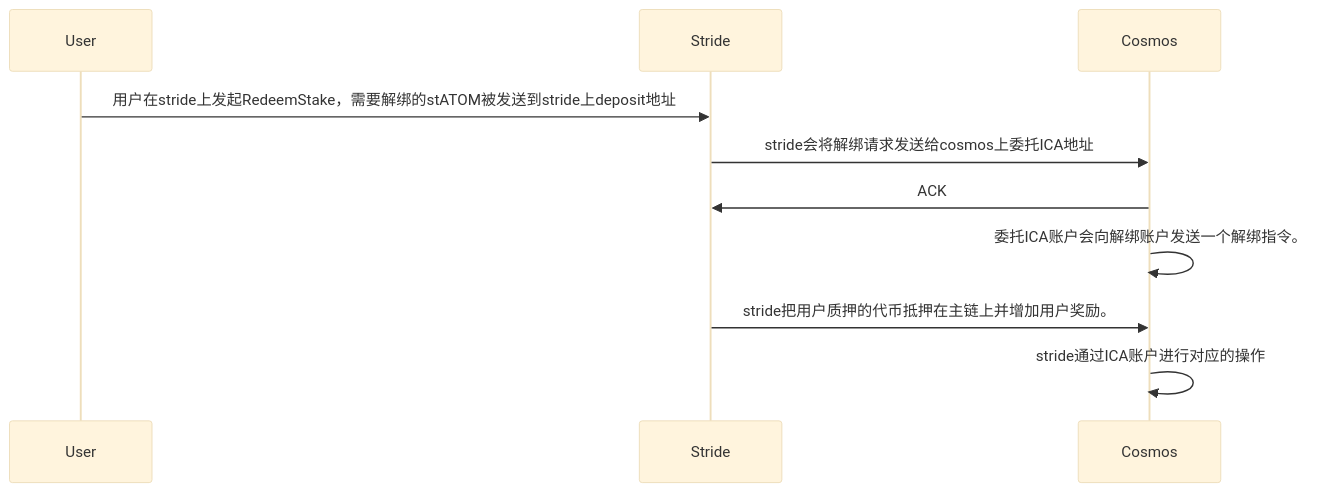
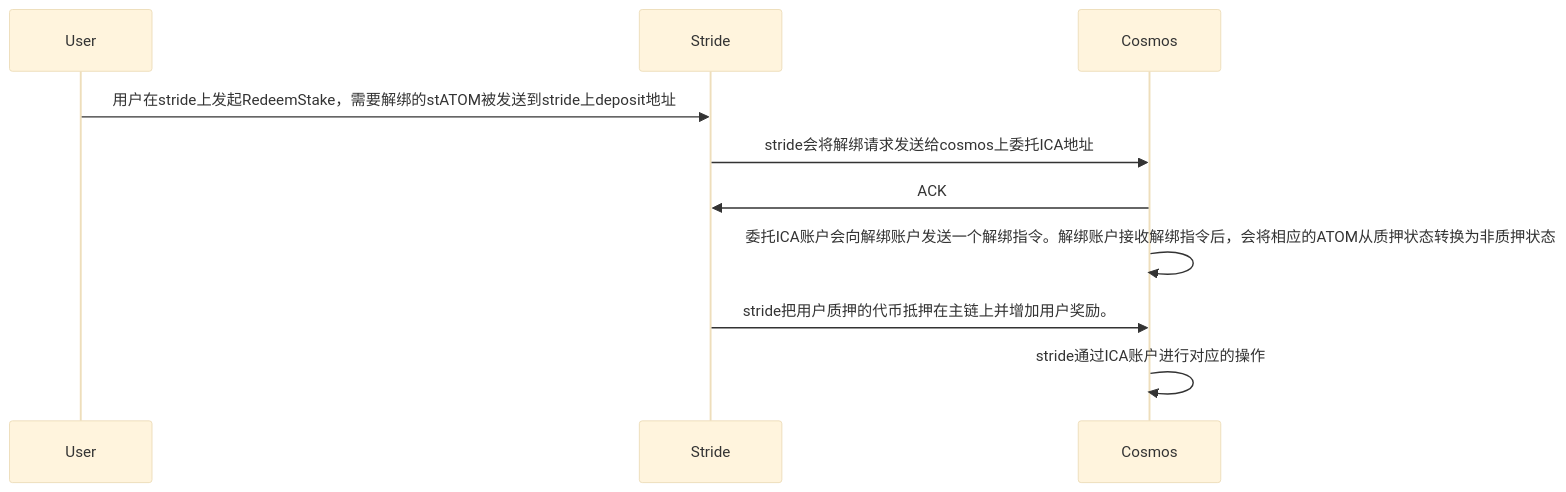
Before and after one commit to yingjianzh/iodraw-files: the diagram in all/unbonding.md, drawn with Mermaid (base theme).

Commit message:
2024-03-28 15:14:25 update

````diff
--- a/all/unbonding.md
+++ b/all/unbonding.md
@@ -1,9 +1,9 @@
 ```mermaid
 sequenceDiagram
     User->>Stride: 用户在stride上发起RedeemStake，需要解绑的stATOM被发送到stride上deposit地址
     Stride->>Cosmos: stride会将解绑请求发送给cosmos上委托ICA地址
     Cosmos->>Stride: ACK
-    Cosmos->>Cosmos: 委托ICA账户会向解绑账户发送一个解绑指令。
+    Cosmos->>Cosmos: 委托ICA账户会向解绑账户发送一个解绑指令。解绑账户接收解绑指令后，会将相应的ATOM从质押状态转换为非质押状态
     Stride->>Cosmos: stride把用户质押的代币抵押在主链上并增加用户奖励。
     Cosmos->>Cosmos: stride通过ICA账户进行对应的操作
 ```
````
